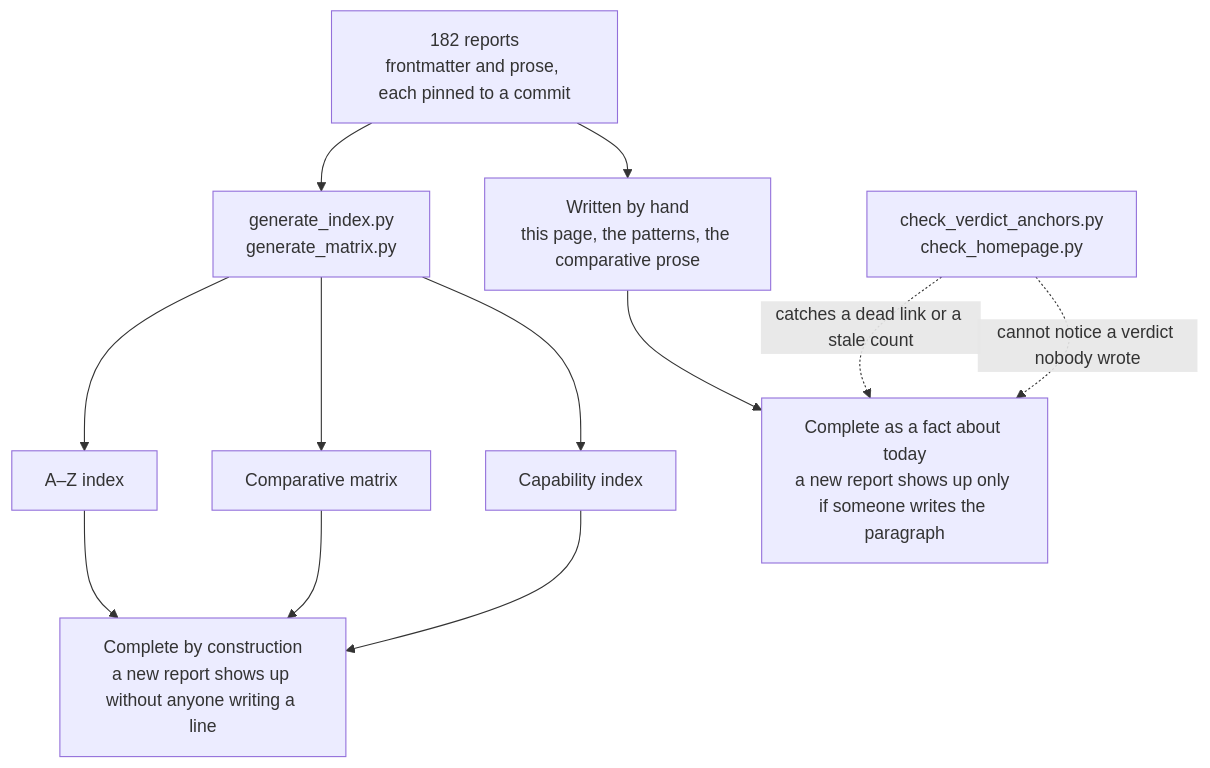
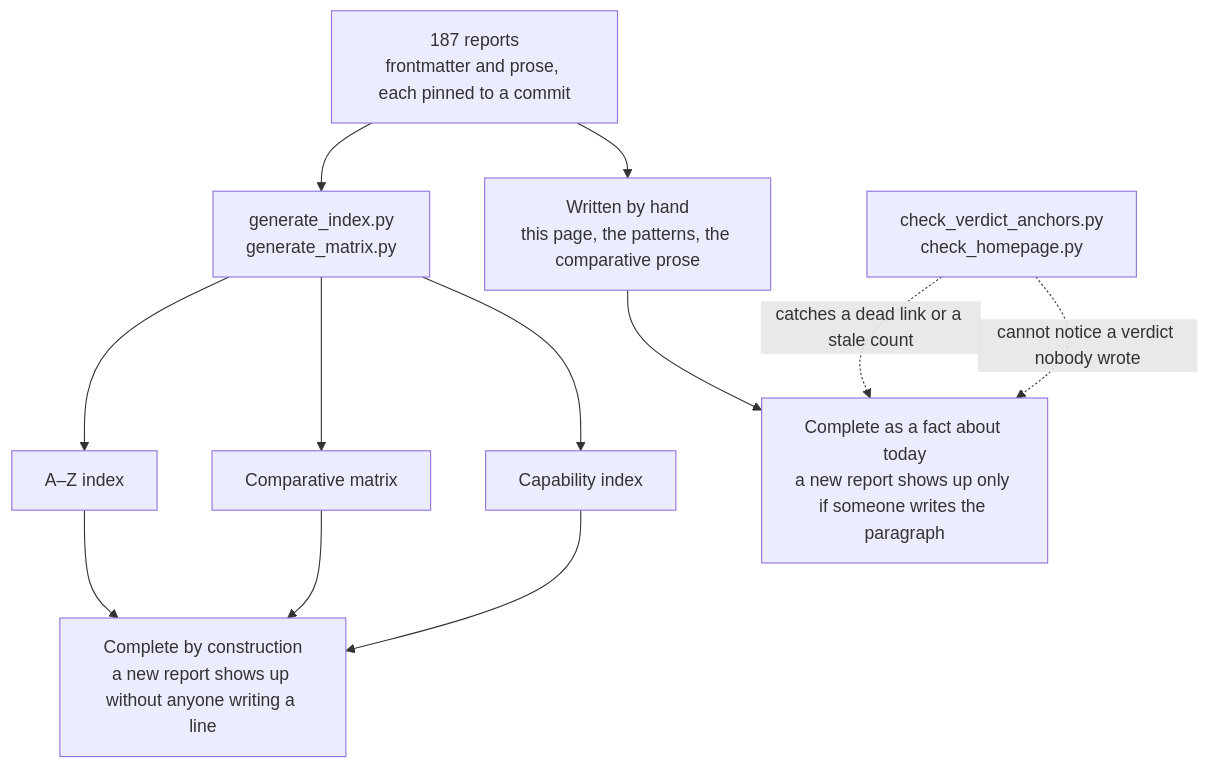
Before and after one commit to neoneye/agent-memory-atlas: the diagram in content/verdicts.md, drawn with Mermaid. The commit also changed other lines of this file and 209 other files, not shown here.

````diff
--- a/content/verdicts.md
+++ b/content/verdicts.md
@@ -40,15 +40,15 @@
 ```mermaid
 flowchart TD
-    R["182 reports<br/>frontmatter and prose, each pinned to a commit"]
+    R["187 reports<br/>frontmatter and prose, each pinned to a commit"]
     R --> GEN["generate_index.py<br/>generate_matrix.py"]
     R --> HAND["Written by hand<br/>this page, the patterns, the comparative prose"]
     GEN --> AZ["A–Z index"]
     GEN --> MX["Comparative matrix"]
     GEN --> CI["Capability index"]
     AZ --> CONST["Complete by construction<br/>a new report shows up without anyone writing a line"]
     MX --> CONST
     CI --> CONST
     HAND --> TODAY["Complete as a fact about today<br/>a new report shows up only if someone writes the paragraph"]
     CHK["check_verdict_anchors.py<br/>check_homepage.py"] -.->|"catches a dead link or a stale count"| TODAY
     CHK -.->|"cannot notice a verdict nobody wrote"| TODAY
 ```
````
